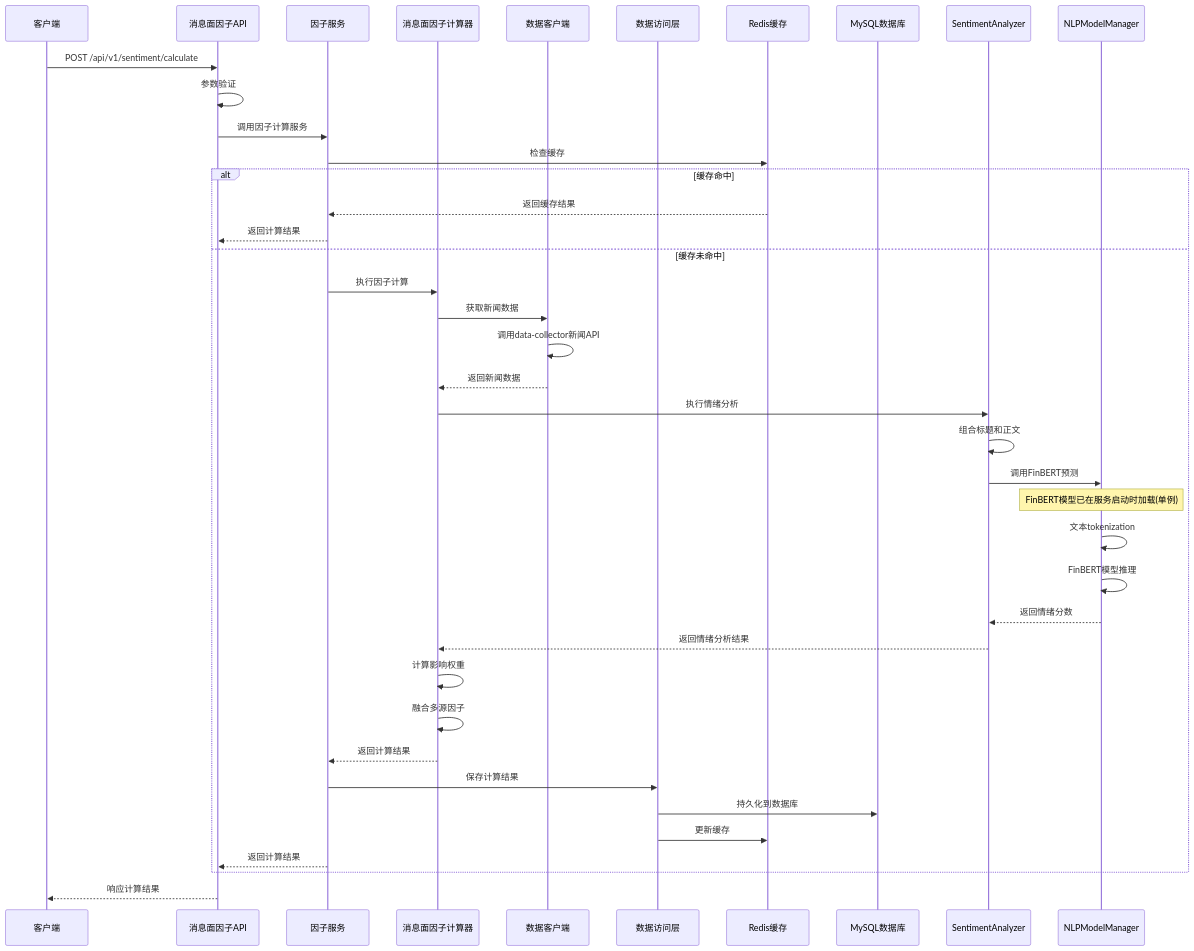
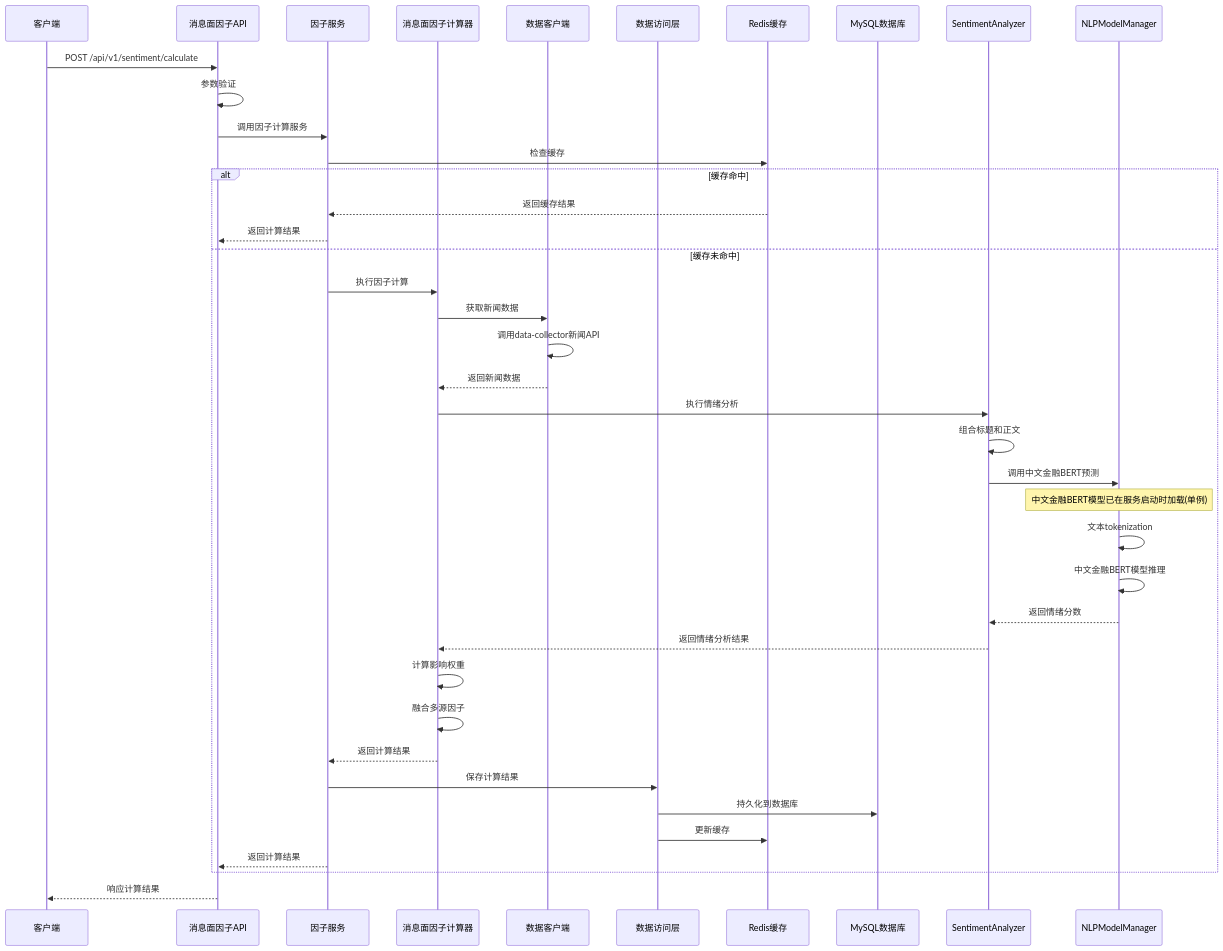
The sixth of 7 diagrams in docs/iteration-2-factor-engine/design_backend.md (Casper-Mars/qtrade), drawn with Mermaid before and after one commit. The commit also changed other lines of this file, not shown here.

````diff
--- a/docs/iteration-2-factor-engine/design_backend.md
+++ b/docs/iteration-2-factor-engine/design_backend.md
@@ -1047,47 +1049,47 @@
 ```mermaid
 sequenceDiagram
     participant Client as 客户端
     participant API as 消息面因子API
     participant Service as 因子服务
     participant Calculator as 消息面因子计算器
     participant DataClient as 数据客户端
     participant DAO as 数据访问层
     participant Cache as Redis缓存
     participant DB as MySQL数据库
     
     Client->>API: POST /api/v1/sentiment/calculate
     API->>API: 参数验证
     API->>Service: 调用因子计算服务
     
     Service->>Cache: 检查缓存
     alt 缓存命中
         Cache-->>Service: 返回缓存结果
         Service-->>API: 返回计算结果
     else 缓存未命中
         Service->>Calculator: 执行因子计算
         
         Calculator->>DataClient: 获取新闻数据
         DataClient->>DataClient: 调用data-collector新闻API
         DataClient-->>Calculator: 返回新闻数据
         
         Calculator->>SentimentAnalyzer: 执行情绪分析
         SentimentAnalyzer->>SentimentAnalyzer: 组合标题和正文
-        SentimentAnalyzer->>NLPModelManager: 调用FinBERT预测
-        Note over NLPModelManager: FinBERT模型已在服务启动时加载(单例)
+        SentimentAnalyzer->>NLPModelManager: 调用中文金融BERT预测
+        Note over NLPModelManager: 中文金融BERT模型已在服务启动时加载(单例)
         NLPModelManager->>NLPModelManager: 文本tokenization
-        NLPModelManager->>NLPModelManager: FinBERT模型推理
+        NLPModelManager->>NLPModelManager: 中文金融BERT模型推理
         NLPModelManager-->>SentimentAnalyzer: 返回情绪分数
         SentimentAnalyzer-->>Calculator: 返回情绪分析结果
         Calculator->>Calculator: 计算影响权重
         Calculator->>Calculator: 融合多源因子
         Calculator-->>Service: 返回计算结果
         
         Service->>DAO: 保存计算结果
         DAO->>DB: 持久化到数据库
         DAO->>Cache: 更新缓存
         
         Service-->>API: 返回计算结果
     end
     
     API-->>Client: 响应计算结果
 ```
````
